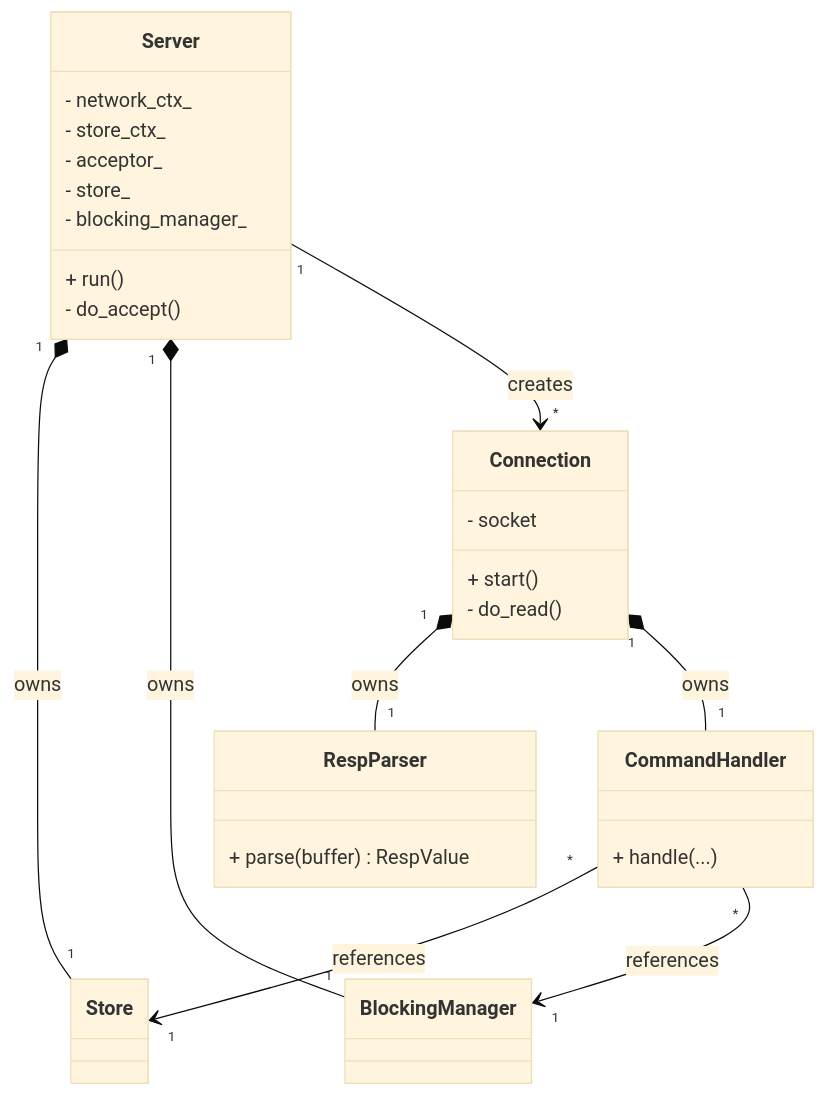
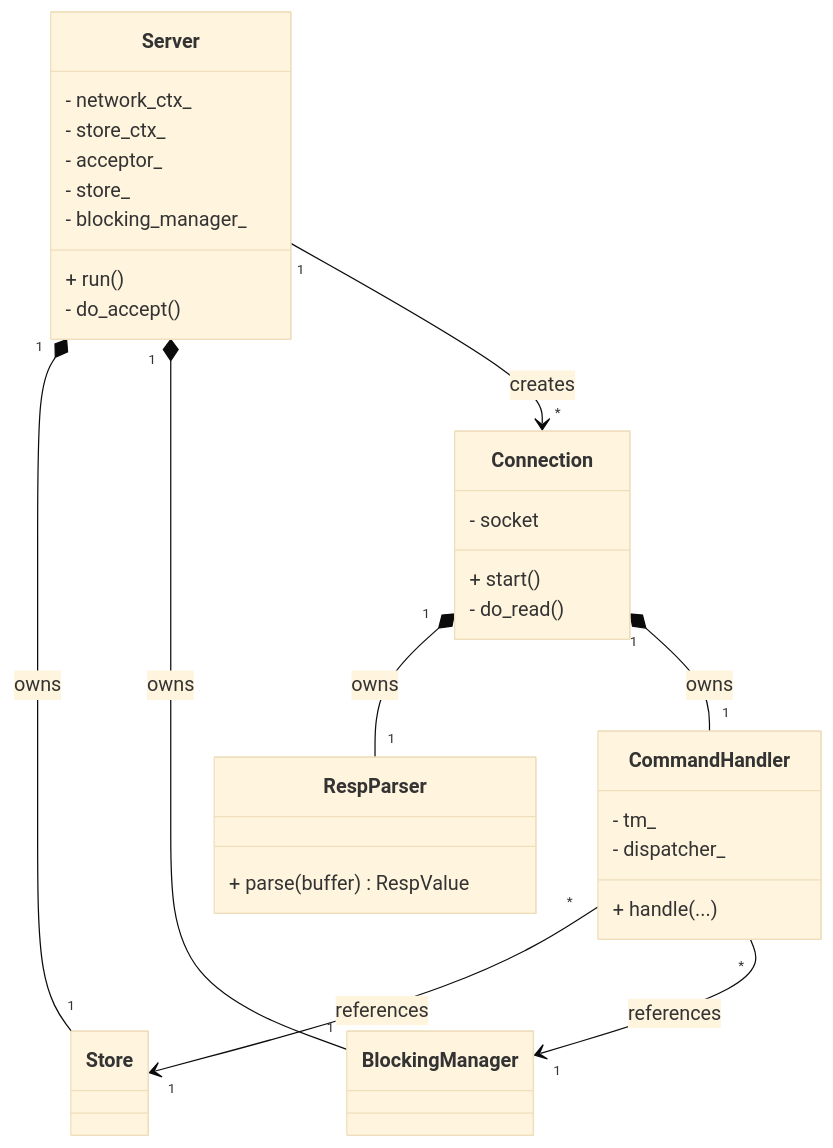
The first of 2 diagrams in README.md (fgulde/redis-clone), drawn with Mermaid (base theme) before and after one commit. The commit also changed other lines of this file and 14 other files, not shown here.

````diff
--- a/README.md
+++ b/README.md
@@ -85,33 +85,35 @@
 ```mermaid
 classDiagram
     class Server {
         - network_ctx_
         - store_ctx_
         - acceptor_
         - store_
         - blocking_manager_
         + run()
         - do_accept()
     }
     class Connection {
         - socket
         + start()
         - do_read()
     }
     class RespParser {
         + parse(buffer) RespValue
     }
     class CommandHandler {
+        - tm_
+        - dispatcher_
         + handle(...)
     }
     class Store
     class BlockingManager
     
     Server "1" *-- "1" Store : owns
     Server "1" *-- "1" BlockingManager : owns
     Server "1" --> "*" Connection : creates
     Connection "1" *-- "1" RespParser : owns
     Connection "1" *-- "1" CommandHandler : owns
     CommandHandler "*" --> "1" Store : references
     CommandHandler "*" --> "1" BlockingManager : references
 ```
````
